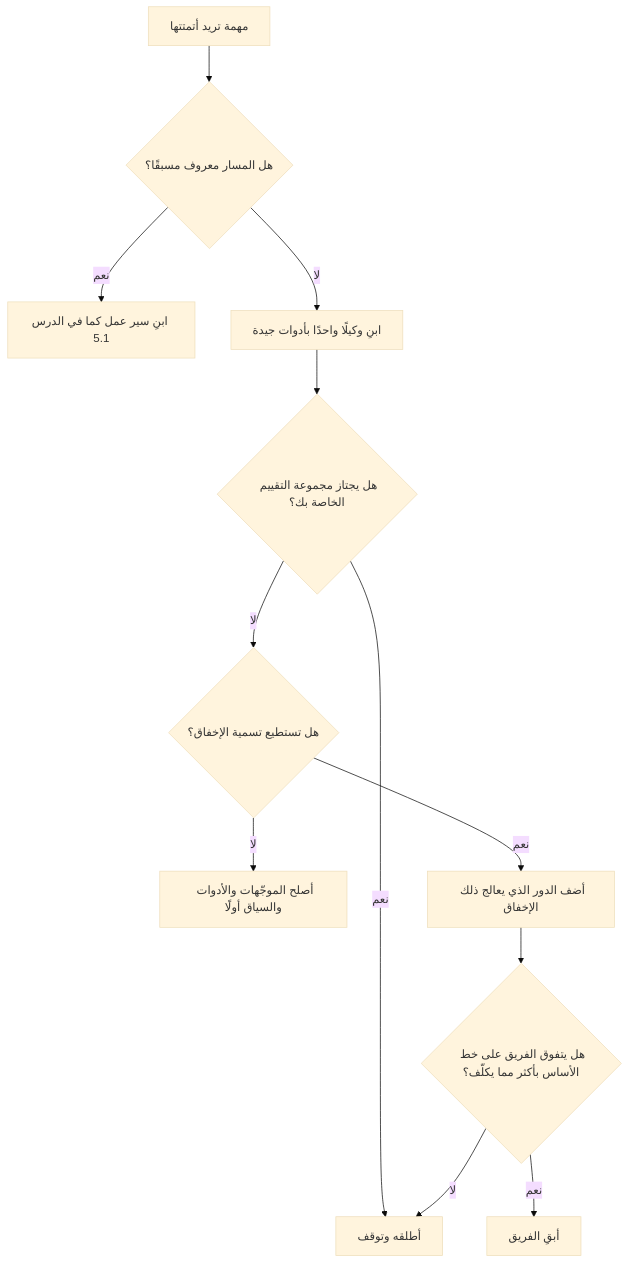
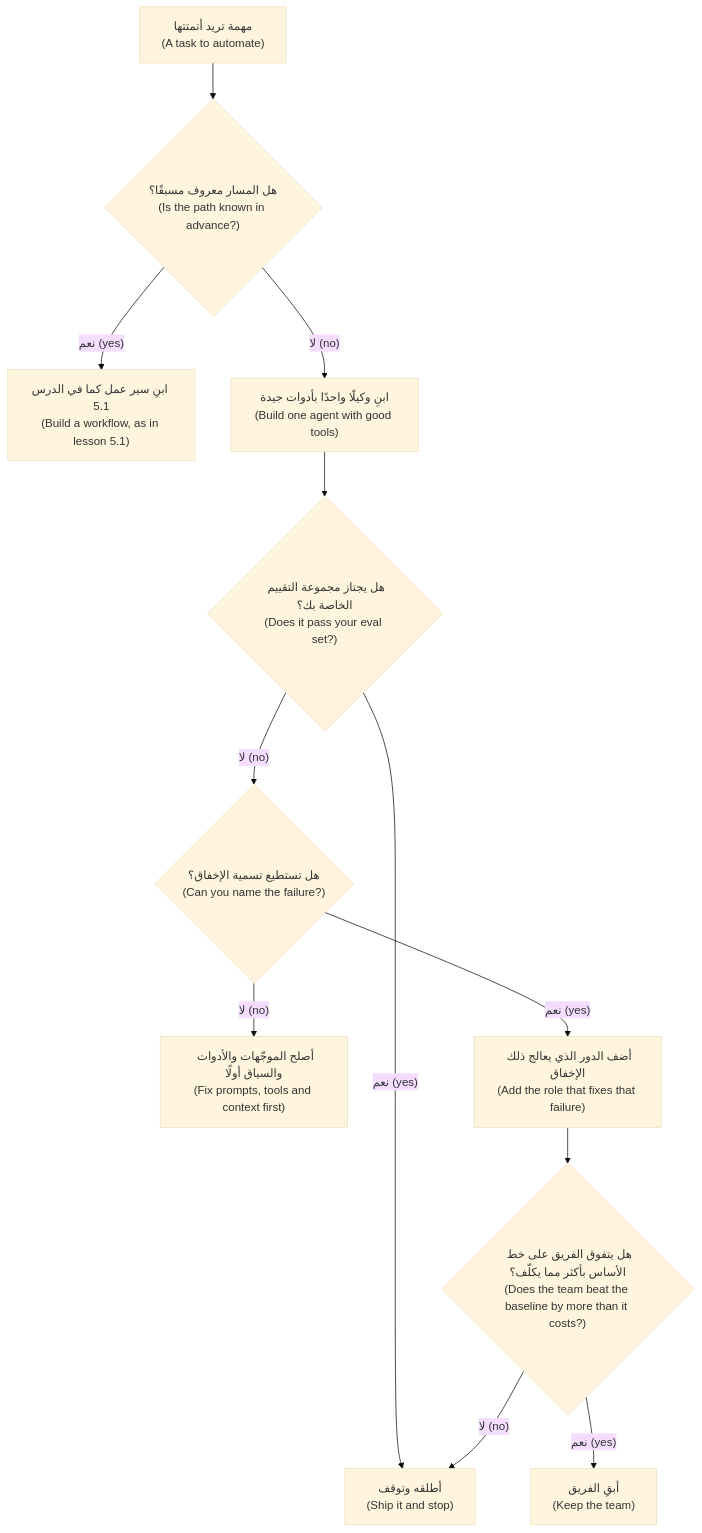
One commit to Tamoura/system-design-for-vibe-coders changed the diagram in aiapps/modules/11-multi-agent.ar.md. Above: the diagram before and after it, drawn with Mermaid (base theme). The commit also changed 17 other files, not shown here.

First line of the commit message:
AI applications & agents: Arabic edition complete (RTL diagrams, diagram glosses, translated 60-question exam)

````diff
--- a/aiapps/modules/11-multi-agent.ar.md
+++ b/aiapps/modules/11-multi-agent.ar.md
@@ -54,14 +54,14 @@
 ```mermaid
 flowchart TD
-    A["مهمة تريد أتمتتها"] --> B{"هل المسار معروف مسبقًا؟"}
-    B -->|"نعم"| W["ابنِ سير عمل كما في الدرس 5.1"]
-    B -->|"لا"| C["ابنِ وكيلًا واحدًا بأدوات جيدة"]
-    C --> D{"هل يجتاز مجموعة التقييم الخاصة بك؟"}
-    D -->|"نعم"| S["أطلقه وتوقف"]
-    D -->|"لا"| E{"هل تستطيع تسمية الإخفاق؟"}
-    E -->|"لا"| F["أصلح الموجّهات والأدوات والسياق أولًا"]
-    E -->|"نعم"| G["أضف الدور الذي يعالج ذلك الإخفاق"]
-    G --> M{"هل يتفوق الفريق على خط الأساس بأكثر مما يكلّف؟"}
-    M -->|"نعم"| T["أبقِ الفريق"]
-    M -->|"لا"| S
+    A["مهمة تريد أتمتتها<br/>(A task to automate)"] --> B{"هل المسار معروف مسبقًا؟<br/>(Is the path known in advance?)"}
+    B -->|"نعم (yes)"| W["ابنِ سير عمل كما في الدرس 5.1<br/>(Build a workflow, as in lesson 5.1)"]
+    B -->|"لا (no)"| C["ابنِ وكيلًا واحدًا بأدوات جيدة<br/>(Build one agent with good tools)"]
+    C --> D{"هل يجتاز مجموعة التقييم الخاصة بك؟<br/>(Does it pass your eval set?)"}
+    D -->|"نعم (yes)"| S["أطلقه وتوقف<br/>(Ship it and stop)"]
+    D -->|"لا (no)"| E{"هل تستطيع تسمية الإخفاق؟<br/>(Can you name the failure?)"}
+    E -->|"لا (no)"| F["أصلح الموجّهات والأدوات والسياق أولًا<br/>(Fix prompts, tools and context first)"]
+    E -->|"نعم (yes)"| G["أضف الدور الذي يعالج ذلك الإخفاق<br/>(Add the role that fixes that failure)"]
+    G --> M{"هل يتفوق الفريق على خط الأساس بأكثر مما يكلّف؟<br/>(Does the team beat the baseline by more than it costs?)"}
+    M -->|"نعم (yes)"| T["أبقِ الفريق<br/>(Keep the team)"]
+    M -->|"لا (no)"| S
 ```
````
